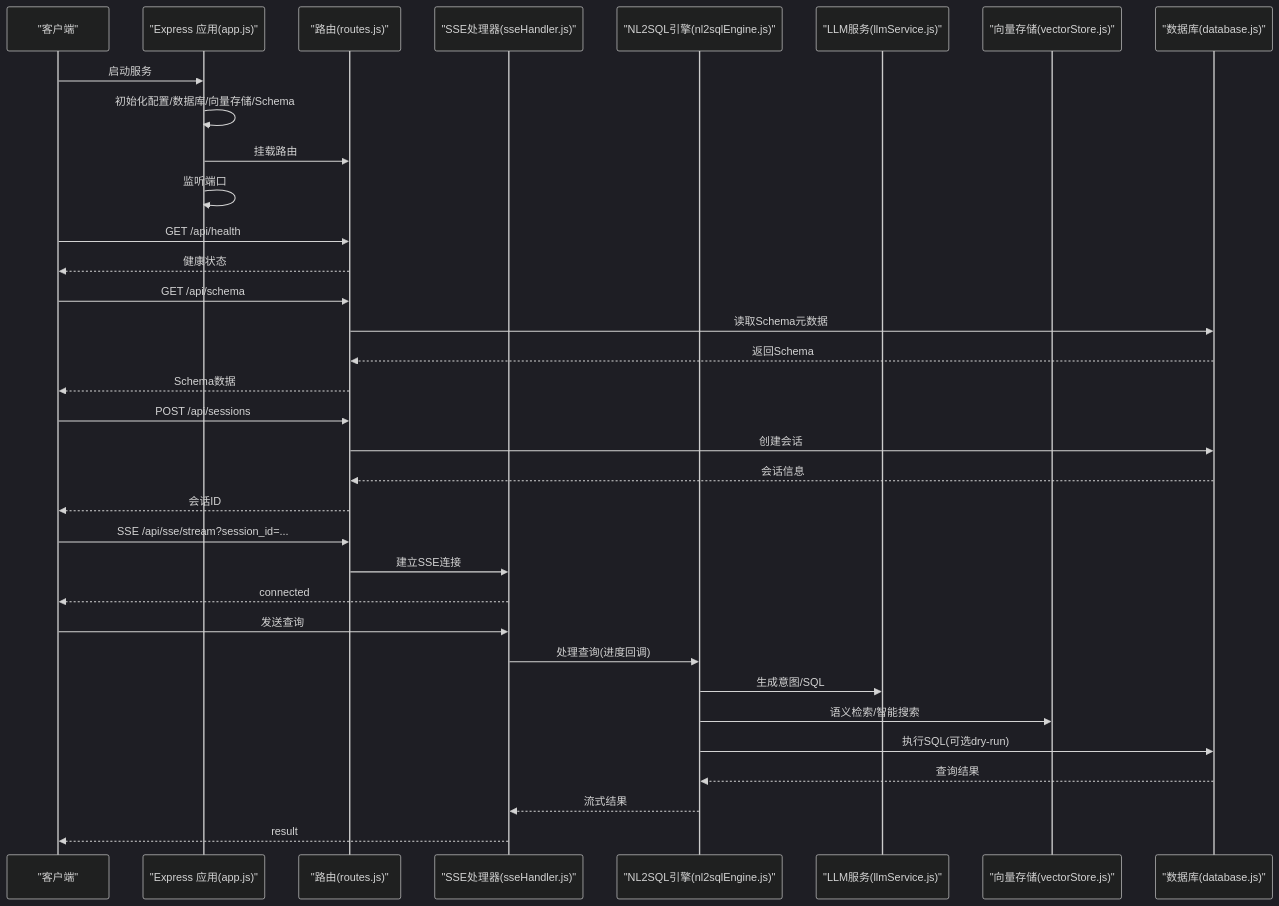
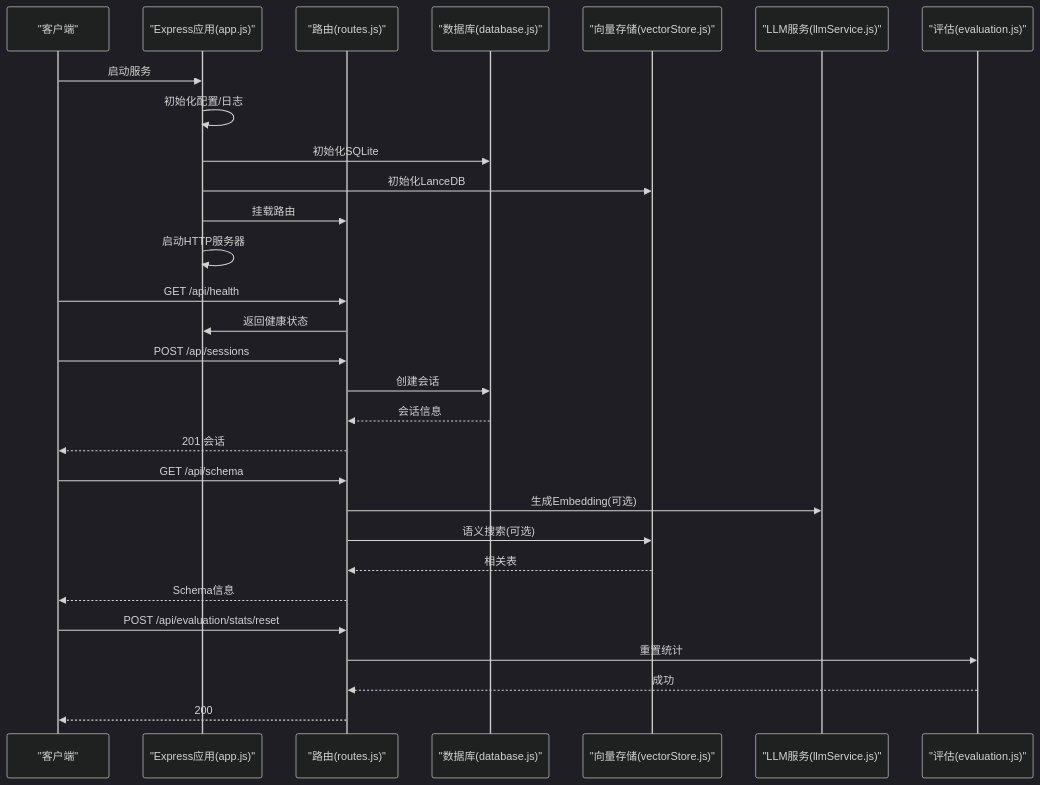
The second of 6 diagrams in NL2SQL/.qoder/repowiki/zh/content/系统架构/后端架构/后端架构.md (HanHuiOnLine/724-office), drawn with Mermaid (dark theme) before and after one commit. The commit also changed other lines of this file and 170 other files, not shown here.

````diff
--- a/NL2SQL/.qoder/repowiki/zh/content/系统架构/后端架构/后端架构.md
+++ b/NL2SQL/.qoder/repowiki/zh/content/系统架构/后端架构/后端架构.md
@@ -134,36 +140,31 @@
 ```mermaid
 sequenceDiagram
 participant Client as "客户端"
-participant Express as "Express 应用(app.js)"
+participant Express as "Express应用(app.js)"
 participant Routes as "路由(routes.js)"
-participant SSE as "SSE处理器(sseHandler.js)"
-participant Engine as "NL2SQL引擎(nl2sqlEngine.js)"
+participant DB as "数据库(database.js)"
+participant VS as "向量存储(vectorStore.js)"
 participant LLM as "LLM服务(llmService.js)"
-participant Vector as "向量存储(vectorStore.js)"
-participant DB as "数据库(database.js)"
+participant Eval as "评估(evaluation.js)"
 Client->>Express : 启动服务
-Express->>Express : 初始化配置/数据库/向量存储/Schema
+Express->>Express : 初始化配置/日志
+Express->>DB : 初始化SQLite
+Express->>VS : 初始化LanceDB
 Express->>Routes : 挂载路由
-Express->>Express : 监听端口
+Express->>Express : 启动HTTP服务器
 Client->>Routes : GET /api/health
-Routes-->>Client : 健康状态
-Client->>Routes : GET /api/schema
-Routes->>DB : 读取Schema元数据
-DB-->>Routes : 返回Schema
-Routes-->>Client : Schema数据
+Routes->>Express : 返回健康状态
 Client->>Routes : POST /api/sessions
 Routes->>DB : 创建会话
 DB-->>Routes : 会话信息
-Routes-->>Client : 会话ID
-Client->>Routes : SSE /api/sse/stream?session_id=...
-Routes->>SSE : 建立SSE连接
-SSE-->>Client : connected
-Client->>SSE : 发送查询
-SSE->>Engine : 处理查询(进度回调)
-Engine->>LLM : 生成意图/SQL
-Engine->>Vector : 语义检索/智能搜索
-Engine->>DB : 执行SQL(可选dry-run)
-DB-->>Engine : 查询结果
-Engine-->>SSE : 流式结果
-SSE-->>Client : result
+Routes-->>Client : 201 会话
+Client->>Routes : GET /api/schema
+Routes->>LLM : 生成Embedding(可选)
+Routes->>VS : 语义搜索(可选)
+VS-->>Routes : 相关表
+Routes-->>Client : Schema信息
+Client->>Routes : POST /api/evaluation/stats/reset
+Routes->>Eval : 重置统计
+Eval-->>Routes : 成功
+Routes-->>Client : 200
 ```
````
